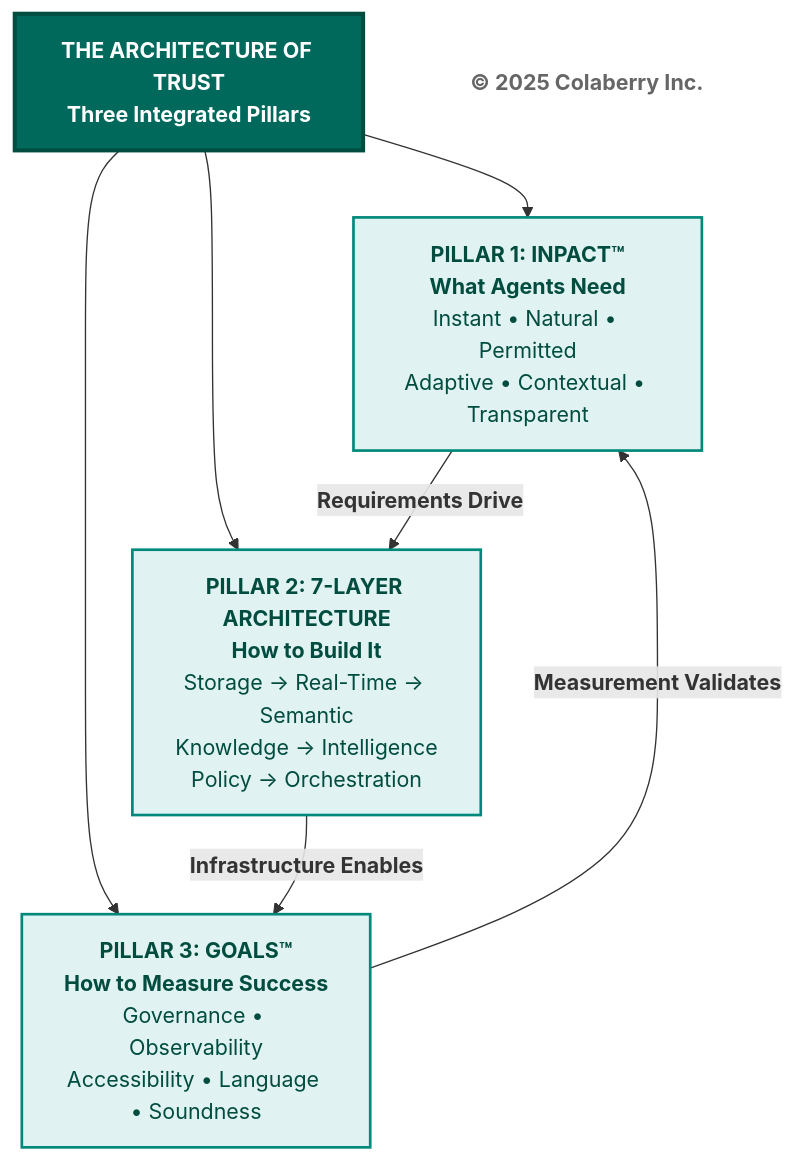
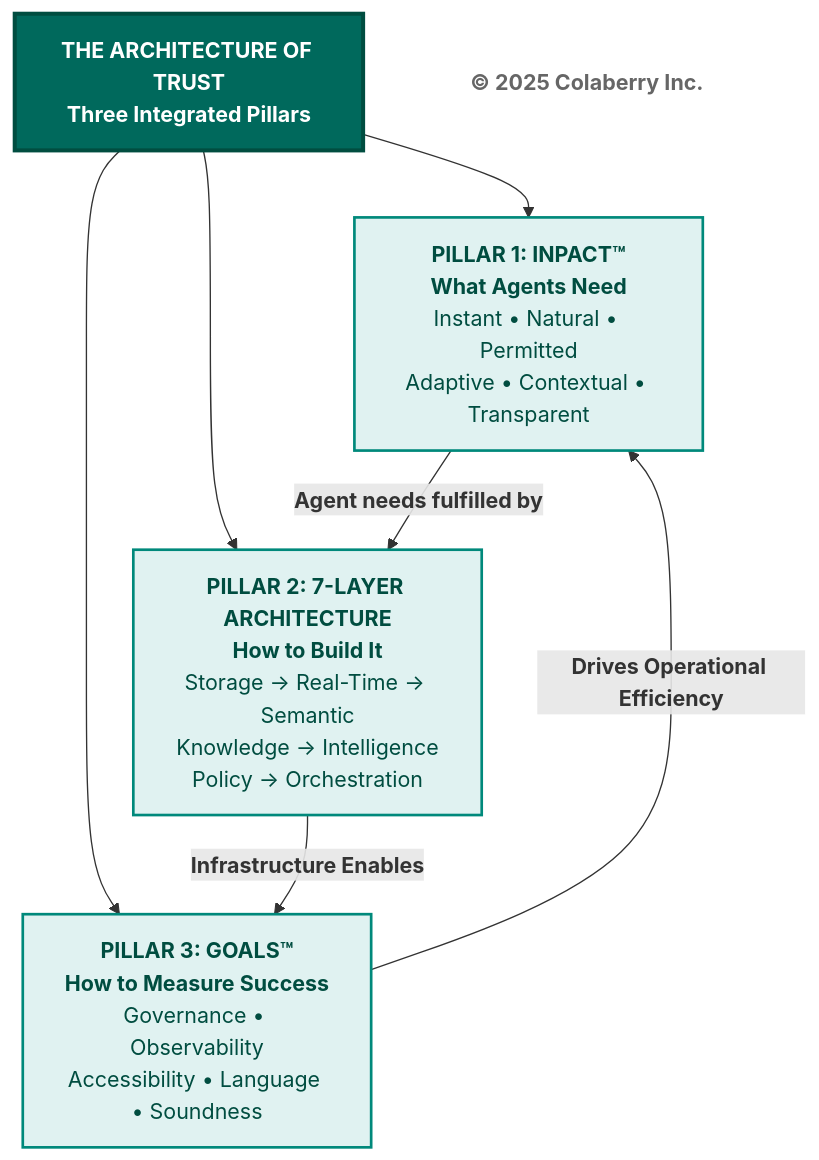
One commit to colaberry/trust-before-intelligence-book changed the third of 3 diagrams in manuscript/chapter_0_trust_before_intelligence_v2.md. Above: the diagram before and after it, drawn with Mermaid. The commit also changed other lines of this file, not shown here.

First line of the commit message:
updated mermaid diagrams

````diff
--- a/manuscript/chapter_0_trust_before_intelligence_v2.md
+++ b/manuscript/chapter_0_trust_before_intelligence_v2.md
@@ -282,26 +276,26 @@
 ```mermaid
 graph TB
     Title["<b>THE ARCHITECTURE OF TRUST</b><br/><b>Three Integrated Pillars</b>"]
     
     INPACT["<b>PILLAR 1: INPACT™</b><br/><b>What Agents Need</b><br/>Instant • Natural • Permitted<br/>Adaptive • Contextual • Transparent"]
     
     Layers["<b>PILLAR 2: 7-LAYER ARCHITECTURE</b><br/><b>How to Build It</b><br/>Storage → Real-Time → Semantic<br/>Knowledge → Intelligence<br/>Policy → Orchestration"]
     
     GOALS["<b>PILLAR 3: GOALS™</b><br/><b>How to Measure Success</b><br/>Governance • Observability<br/>Accessibility • Language • Soundness"]
     
     Copyright["<b>© 2025 Colaberry Inc.</b>"]
     
     Title --> INPACT
     Title --> Layers
     Title --> GOALS
     
-    INPACT -->|<b>Requirements Drive</b>| Layers
+    INPACT -->|<b>Agent needs fulfilled by</b>| Layers
     Layers -->|<b>Infrastructure Enables</b>| GOALS
-    GOALS -->|<b>Measurement Validates</b>| INPACT
+    GOALS -->|<b>Drives Operational Efficiency</b>| INPACT
     
     style Title fill:#00695c,color:#ffffff,stroke:#004d40,stroke-width:3px
     style INPACT fill:#e0f2f1,stroke:#00897b,stroke-width:2px,color:#004d40
     style Layers fill:#e0f2f1,stroke:#00897b,stroke-width:2px,color:#004d40
     style GOALS fill:#e0f2f1,stroke:#00897b,stroke-width:2px,color:#004d40
     style Copyright fill:#ffffff,stroke:none,color:#666666
 ```
````
